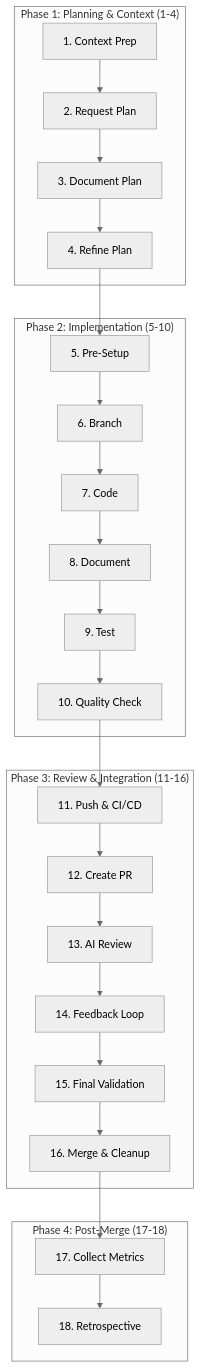
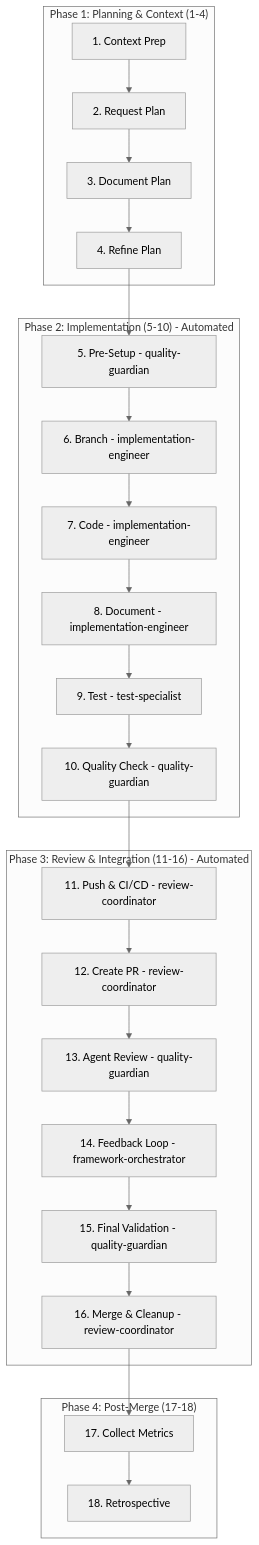
The diagram in QUICK_REFERENCE.md (joaoariedi/ai-assisted-development-framework), drawn with Mermaid (neutral theme) before and after one commit. The commit also changed other lines of this file and 15 other files, not shown here.

First line of the commit message:
feat: Agent-Enhanced Framework v3.0 (#2)

````diff
--- a/QUICK_REFERENCE.md
+++ b/QUICK_REFERENCE.md
@@ -5,31 +5,31 @@
 ```mermaid
 graph TB
     subgraph "Phase 1: Planning & Context (1-4)"
         A1[1. Context Prep] --> A2[2. Request Plan]
         A2 --> A3[3. Document Plan]
         A3 --> A4[4. Refine Plan]
     end
     
-    subgraph "Phase 2: Implementation (5-10)"
-        A4 --> B5[5. Pre-Setup]
-        B5 --> B6[6. Branch]
-        B6 --> B7[7. Code]
-        B7 --> B8[8. Document]
-        B8 --> B9[9. Test]
-        B9 --> B10[10. Quality Check]
+    subgraph "Phase 2: Implementation (5-10) - Automated"
+        A4 --> B5[5. Pre-Setup - quality-guardian]
+        B5 --> B6[6. Branch - implementation-engineer]
+        B6 --> B7[7. Code - implementation-engineer]
+        B7 --> B8[8. Document - implementation-engineer]
+        B8 --> B9[9. Test - test-specialist]
+        B9 --> B10[10. Quality Check - quality-guardian]
     end
     
-    subgraph "Phase 3: Review & Integration (11-16)"
-        B10 --> C11[11. Push & CI/CD]
-        C11 --> C12[12. Create PR]
-        C12 --> C13[13. AI Review]
-        C13 --> C14[14. Feedback Loop]
-        C14 --> C15[15. Final Validation]
-        C15 --> C16[16. Merge & Cleanup]
+    subgraph "Phase 3: Review & Integration (11-16) - Automated"
+        B10 --> C11[11. Push & CI/CD - review-coordinator]
+        C11 --> C12[12. Create PR - review-coordinator]
+        C12 --> C13[13. Agent Review - quality-guardian]
+        C13 --> C14[14. Feedback Loop - framework-orchestrator]
+        C14 --> C15[15. Final Validation - quality-guardian]
+        C15 --> C16[16. Merge & Cleanup - review-coordinator]
     end
     
     subgraph "Phase 4: Post-Merge (17-18)"
         C16 --> D17[17. Collect Metrics]
         D17 --> D18[18. Retrospective]
     end
 ```
````
